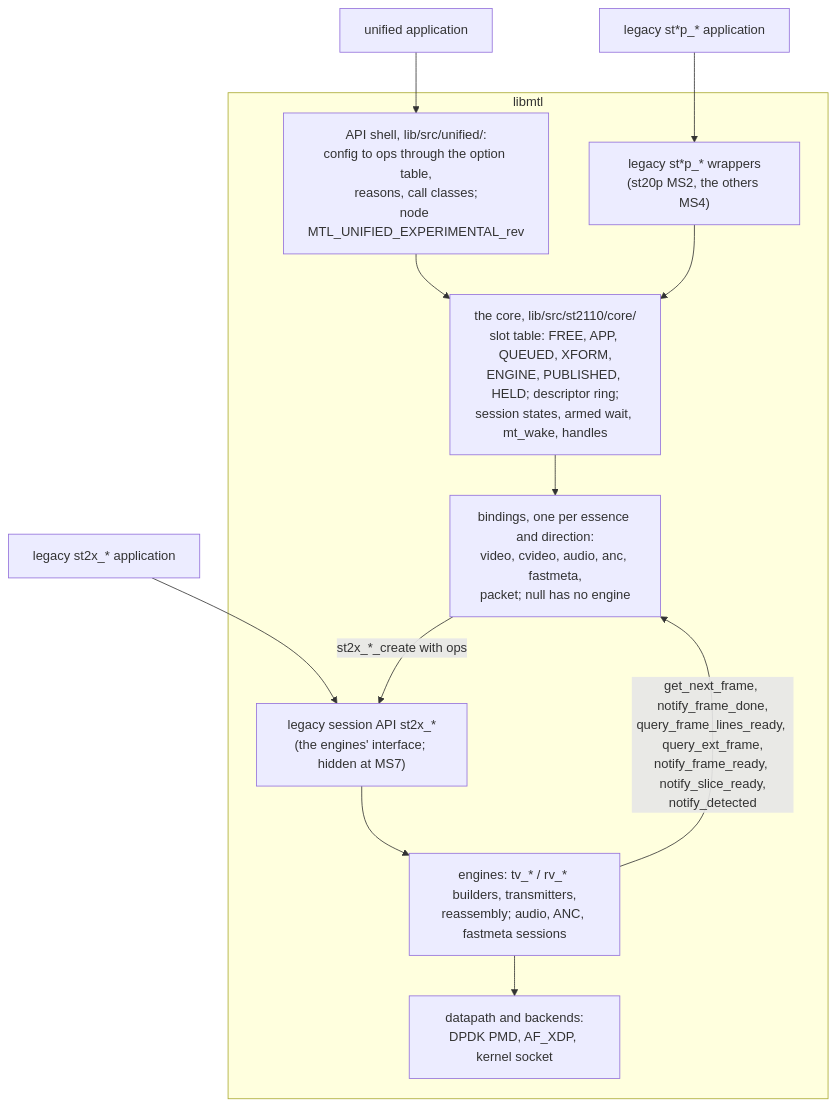
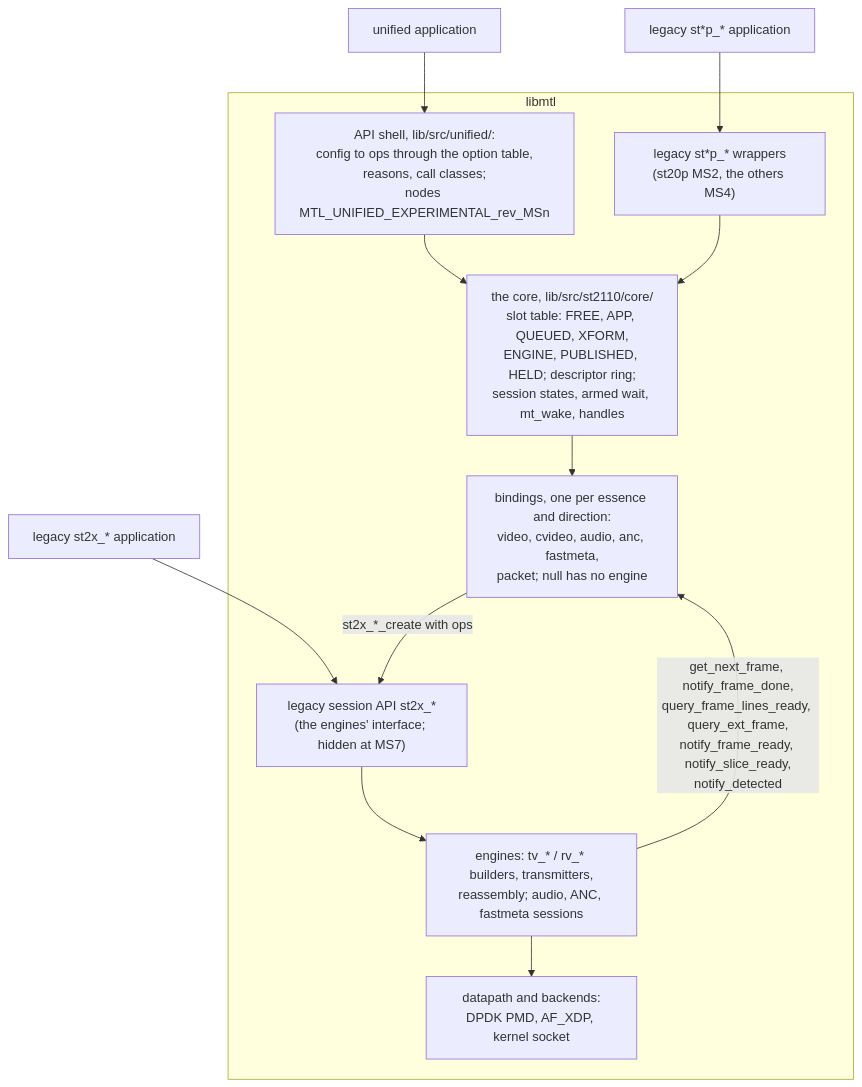
Before and after one commit to Sakoram/Media-Transport-Library: diagram 20 of 56 in doc/unified-api/diagrams.md, drawn with Mermaid. The commit also changed other lines of this file and 53 other files, not shown here.

First line of the commit message:
Docs: Apply the design round for the unified API

````diff
--- a/doc/unified-api/diagrams.md
+++ b/doc/unified-api/diagrams.md
@@ -558,22 +559,22 @@
 ```mermaid
 flowchart TB
     UA["unified application"] --> SH
     LA["legacy st*p_* application"] --> LW
     LSA["legacy st2x_* application"] --> LS
     subgraph L["libmtl"]
-        SH["API shell, lib/src/unified/:<br/>config to ops through the option table,<br/>reasons, call classes;<br/>node MTL_UNIFIED_EXPERIMENTAL_rev"]
+        SH["API shell, lib/src/unified/:<br/>config to ops through the option table,<br/>reasons, call classes;<br/>nodes MTL_UNIFIED_EXPERIMENTAL_rev_MSn"]
         LW["legacy st*p_* wrappers<br/>(st20p MS2, the others MS4)"]
         CORE["the core, lib/src/st2110/core/<br/>slot table: FREE, APP, QUEUED, XFORM,<br/>ENGINE, PUBLISHED, HELD; descriptor ring;<br/>session states, armed wait, mt_wake, handles"]
         BIND["bindings, one per essence and direction:<br/>video, cvideo, audio, anc, fastmeta,<br/>packet; null has no engine"]
         LS["legacy session API st2x_*<br/>(the engines' interface; hidden at MS7)"]
         ENG["engines: tv_* / rv_* builders, transmitters,<br/>reassembly; audio, ANC, fastmeta sessions"]
         DP["datapath and backends:<br/>DPDK PMD, AF_XDP, kernel socket"]
     end
     SH --> CORE
     LW --> CORE
     CORE --> BIND
     BIND -->|"st2x_*_create with ops"| LS
     LS --> ENG
     ENG -->|"get_next_frame, notify_frame_done,<br/>query_frame_lines_ready, query_ext_frame,<br/>notify_frame_ready, notify_slice_ready,<br/>notify_detected"| BIND
     ENG --> DP
 ```
````
